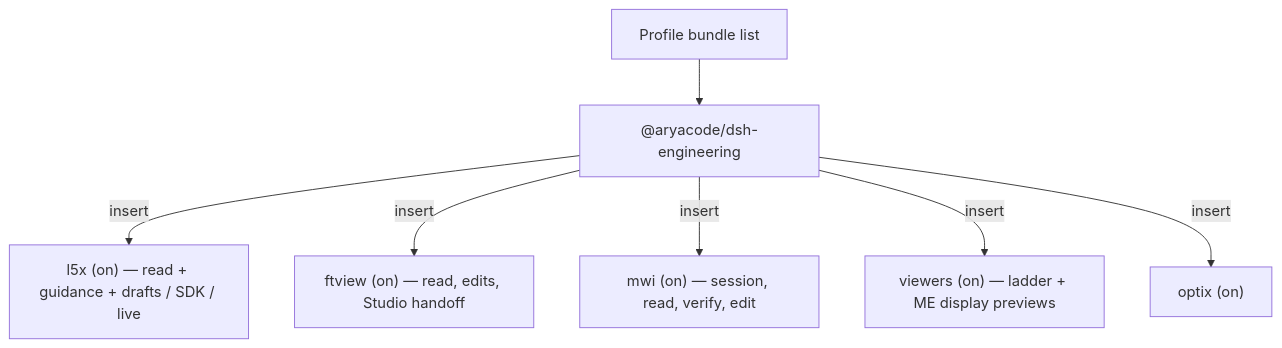
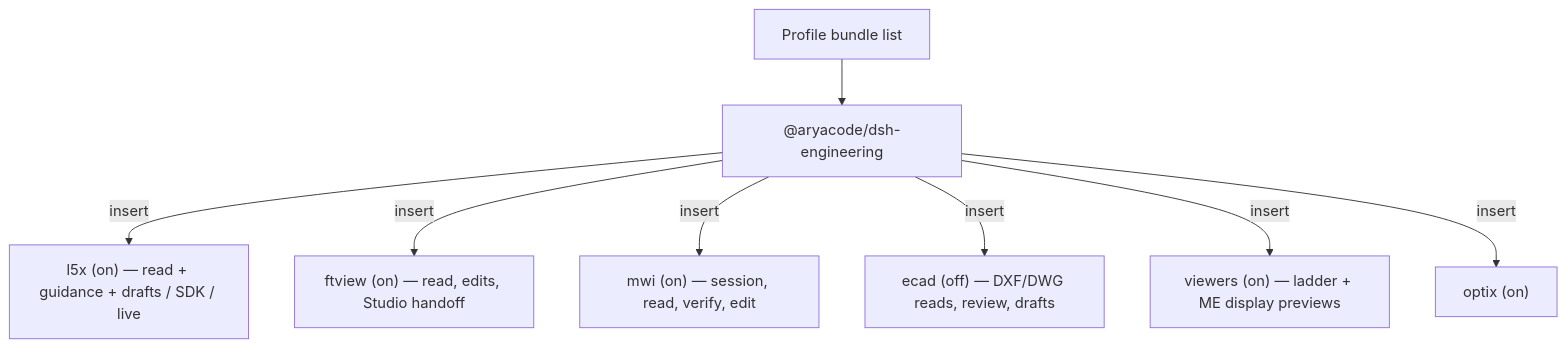
One commit to KonnectSuite/dsh-engineering changed the diagram in README.md. Above: the diagram before and after it, drawn with Mermaid. The commit also changed other lines of this file and 15 other files, not shown here.

````diff
--- a/README.md
+++ b/README.md
@@ -210,9 +228,10 @@
 ```mermaid
 flowchart TB
   Profile["Profile bundle list"] --> Bundle["@aryacode/dsh-engineering"]
   Bundle -->|insert| L5X["l5x (on) — read + guidance + drafts / SDK / live"]
   Bundle -->|insert| FTV["ftview (on) — read, edits, Studio handoff"]
   Bundle -->|insert| MWI["mwi (on) — session, read, verify, edit"]
+  Bundle -->|insert| ECAD["ecad (off) — DXF/DWG reads, review, drafts"]
   Bundle -->|insert| Viewers["viewers (on) — ladder + ME display previews"]
   Bundle -->|insert| Optix["optix (on)"]
 ```
````
